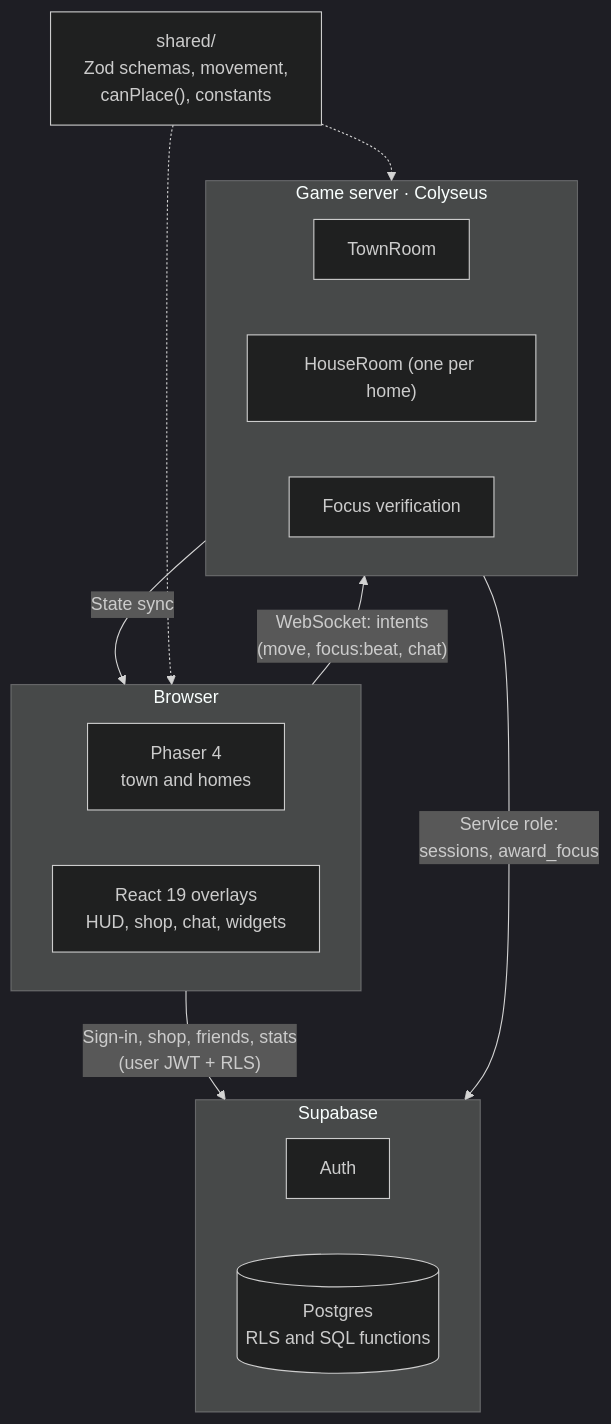
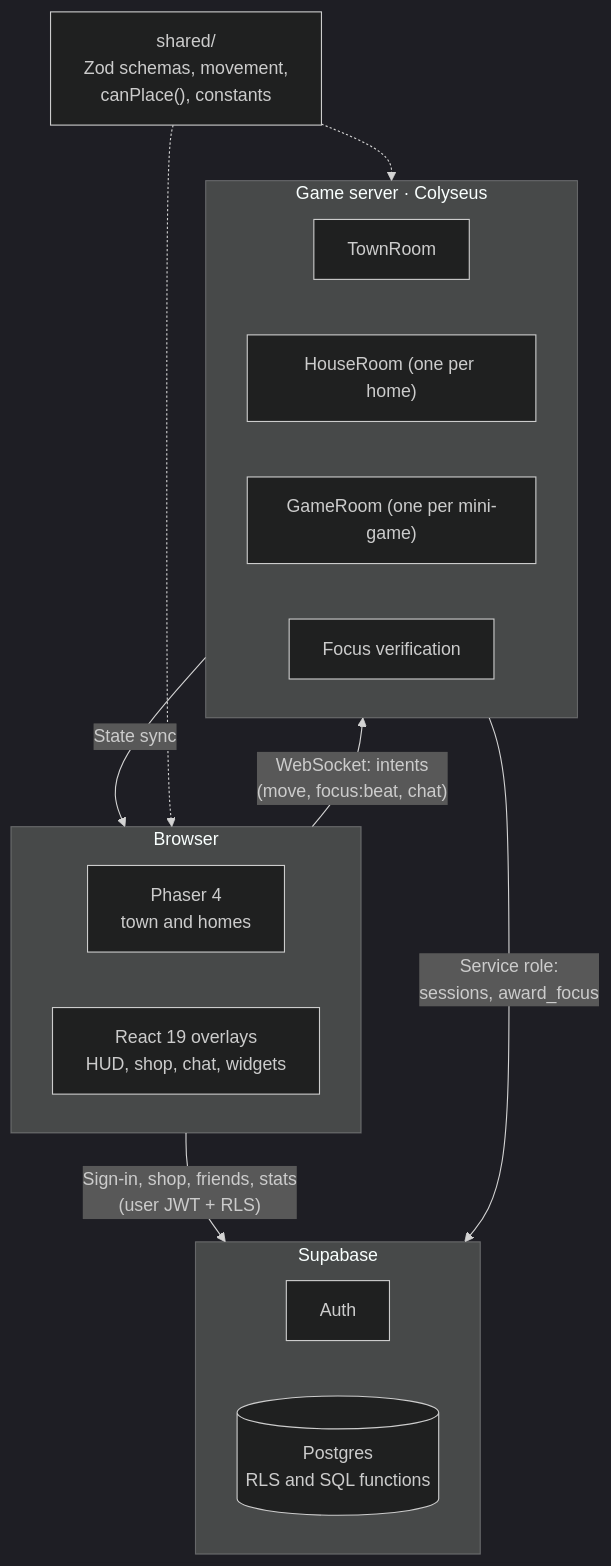
Before and after one commit to AnasSAV/Hearthwork: the third of 3 diagrams in README.md, drawn with Mermaid (dark theme). The commit also changed other lines of this file and 6 other files, not shown here.

````diff
--- a/README.md
+++ b/README.md
@@ -167,27 +195,28 @@
 ```mermaid
 flowchart TB
     subgraph Browser["Browser"]
         direction LR
         Phaser["Phaser 4<br/>town and homes"]
         React["React 19 overlays<br/>HUD, shop, chat, widgets"]
     end
     subgraph Server["Game server · Colyseus"]
         direction LR
         Town["TownRoom"]
         House["HouseRoom (one per home)"]
+        Game["GameRoom (one per mini-game)"]
         Focus["Focus verification"]
     end
     subgraph Supabase["Supabase"]
         direction LR
         Auth["Auth"]
         DB[("Postgres<br/>RLS and SQL functions")]
     end
     Shared["shared/<br/>Zod schemas, movement,<br/>canPlace(), constants"]
 
     Browser -- "WebSocket: intents<br/>(move, focus:beat, chat)" --> Server
     Server -- "State sync" --> Browser
     Browser -- "Sign-in, shop, friends, stats<br/>(user JWT + RLS)" --> Supabase
     Server -- "Service role:<br/>sessions, award_focus" --> DB
     Shared -.-> Browser
     Shared -.-> Server
 ```
````
